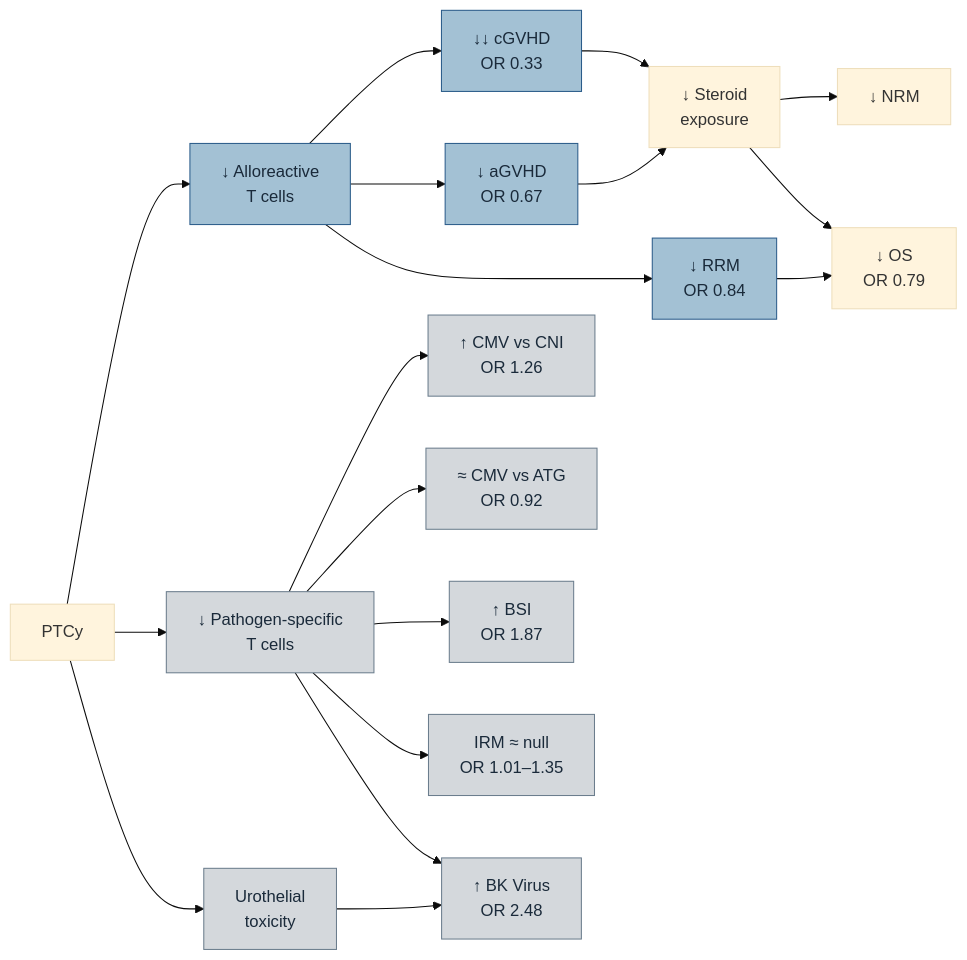
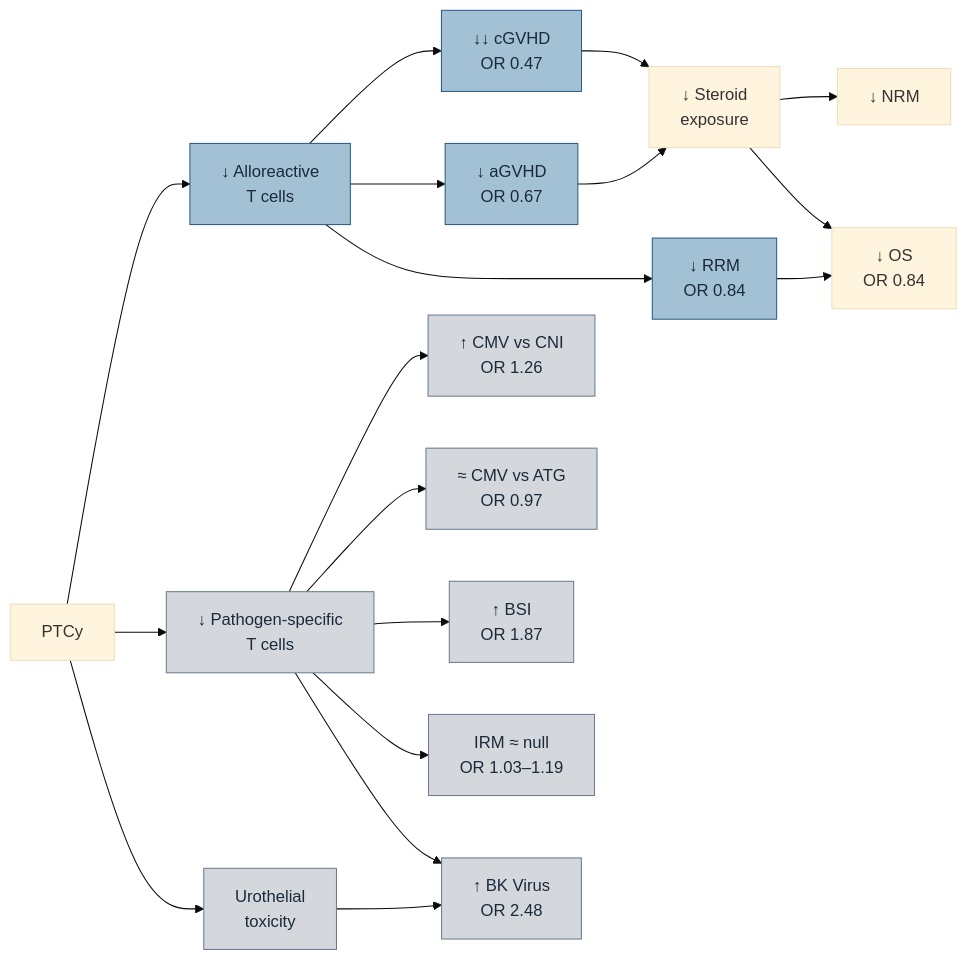
Before and after one commit to Russlewisbo/ptcy_metaanalys: the diagram in 05_website/index.qmd, drawn with Mermaid (base theme). The commit also changed other lines of this file and 101 other files, not shown here.

````diff
--- a/05_website/index.qmd
+++ b/05_website/index.qmd
@@ -267,38 +267,38 @@
 ```{mermaid}
 %%| fig-width: 9
 %%| label: fig-mechanism
 %%| fig-cap: "Three-pathway mechanistic framework for PTCy effects."
 
 flowchart LR
     PTCy --> A["↓ Alloreactive\nT cells"]
     PTCy --> B["↓ Pathogen-specific\nT cells"]
     PTCy --> U["Urothelial\ntoxicity"]
 
-    A --> C["↓↓ cGVHD\nOR 0.33"]
+    A --> C["↓↓ cGVHD\nOR 0.47"]
     A --> C2["↓ aGVHD\nOR 0.67"]
     A --> R["↓ RRM\nOR 0.84"]
     C --> D["↓ Steroid\nexposure"]
     C2 --> D
     D --> E["↓ NRM"]
-    D --> F["↓ OS\nOR 0.79"]
+    D --> F["↓ OS\nOR 0.84"]
     R --> F
 
     B --> G["↑ CMV vs CNI\nOR 1.26"]
-    B --> H["≈ CMV vs ATG\nOR 0.92"]
+    B --> H["≈ CMV vs ATG\nOR 0.97"]
     B --> I["↑ BSI\nOR 1.87"]
-    B --> K["IRM ≈ null\nOR 1.01–1.35"]
+    B --> K["IRM ≈ null\nOR 1.03–1.19"]
     B --> J["↑ BK Virus"]
     U --> J["↑ BK Virus\nOR 2.48"]
 
     style A fill:#a3c1d4,stroke:#2b5c8a,color:#1a2a3a
     style B fill:#d4d8dc,stroke:#6b7d8d,color:#1a2a3a
     style U fill:#d4d8dc,stroke:#6b7d8d,color:#1a2a3a
     style C fill:#a3c1d4,stroke:#2b5c8a,color:#1a2a3a
     style C2 fill:#a3c1d4,stroke:#2b5c8a,color:#1a2a3a
     style R fill:#a3c1d4,stroke:#2b5c8a,color:#1a2a3a
     style G fill:#d4d8dc,stroke:#6b7d8d,color:#1a2a3a
     style H fill:#d4d8dc,stroke:#6b7d8d,color:#1a2a3a
     style I fill:#d4d8dc,stroke:#6b7d8d,color:#1a2a3a
     style J fill:#d4d8dc,stroke:#6b7d8d,color:#1a2a3a
     style K fill:#d4d8dc,stroke:#6b7d8d,color:#1a2a3a
 ```
````
